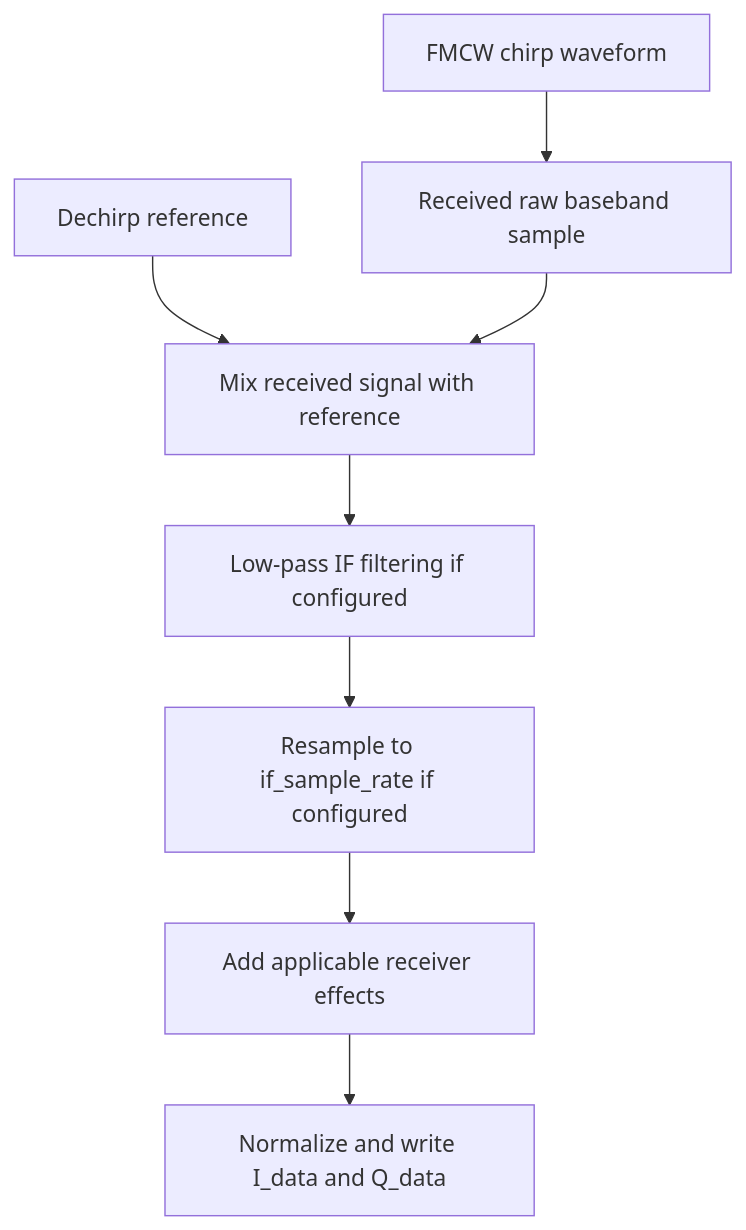
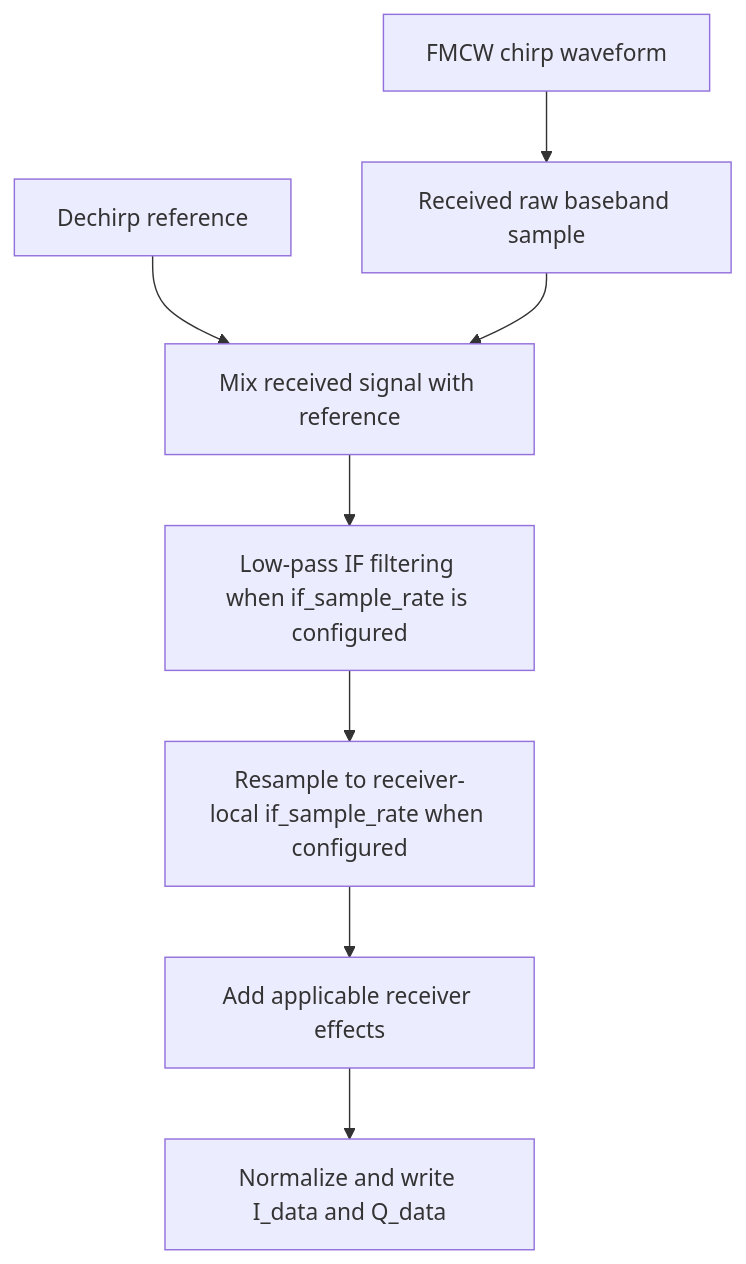
Before and after one commit to stpaine/FERS: the eighth of 9 diagrams in docs/wiki/Simulation-Pipelines.md, drawn with Mermaid. The commit also changed other lines of this file and 4 other files, not shown here.

````diff
--- a/docs/wiki/Simulation-Pipelines.md
+++ b/docs/wiki/Simulation-Pipelines.md
@@ -179,10 +179,10 @@
 ```mermaid
 flowchart TD
     A[FMCW chirp waveform] --> B[Received raw baseband sample]
     C[Dechirp reference] --> D[Mix received signal with reference]
     B --> D
-    D --> E[Low-pass IF filtering if configured]
-    E --> F[Resample to if_sample_rate if configured]
+    D --> E[Low-pass IF filtering when if_sample_rate is configured]
+    E --> F[Resample to receiver-local if_sample_rate when configured]
     F --> G[Add applicable receiver effects]
     G --> H[Normalize and write I_data and Q_data]
 ```
````
